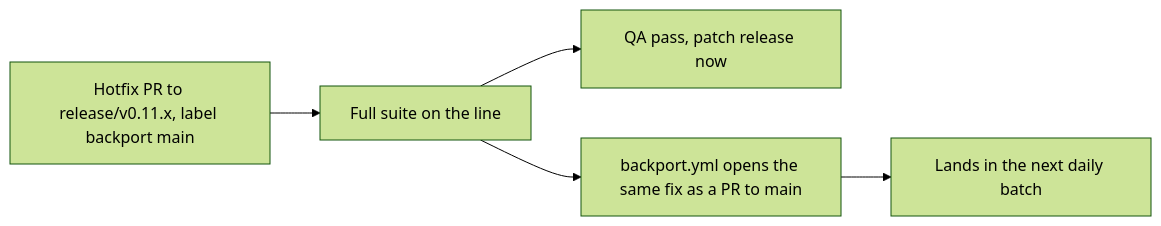
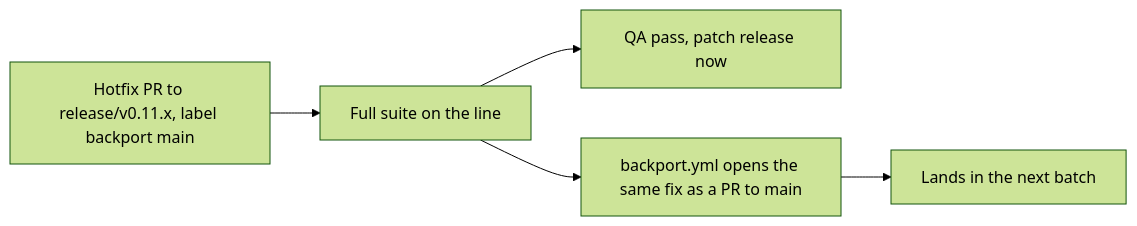
One commit to open-mercato/open-mercato changed the eighth of 10 diagrams in .ai/specs/2026-11-25-batch-merge-and-green-tag-release-process.md. Above: the diagram before and after it, drawn with Mermaid (forest theme). The commit also changed other lines of this file and 11 other files, not shown here.

````diff
--- a/.ai/specs/2026-11-25-batch-merge-and-green-tag-release-process.md
+++ b/.ai/specs/2026-11-25-batch-merge-and-green-tag-release-process.md
@@ -394,7 +394,7 @@
 ```mermaid
 flowchart LR
   H["Hotfix PR to release/v0.11.x, label backport main"] --> FS["Full suite on the line"]
   FS --> P["QA pass, patch release now"]
   FS --> B["backport.yml opens the same fix as a PR to main"]
-  B --> N["Lands in the next daily batch"]
+  B --> N["Lands in the next batch"]
 ```
````
